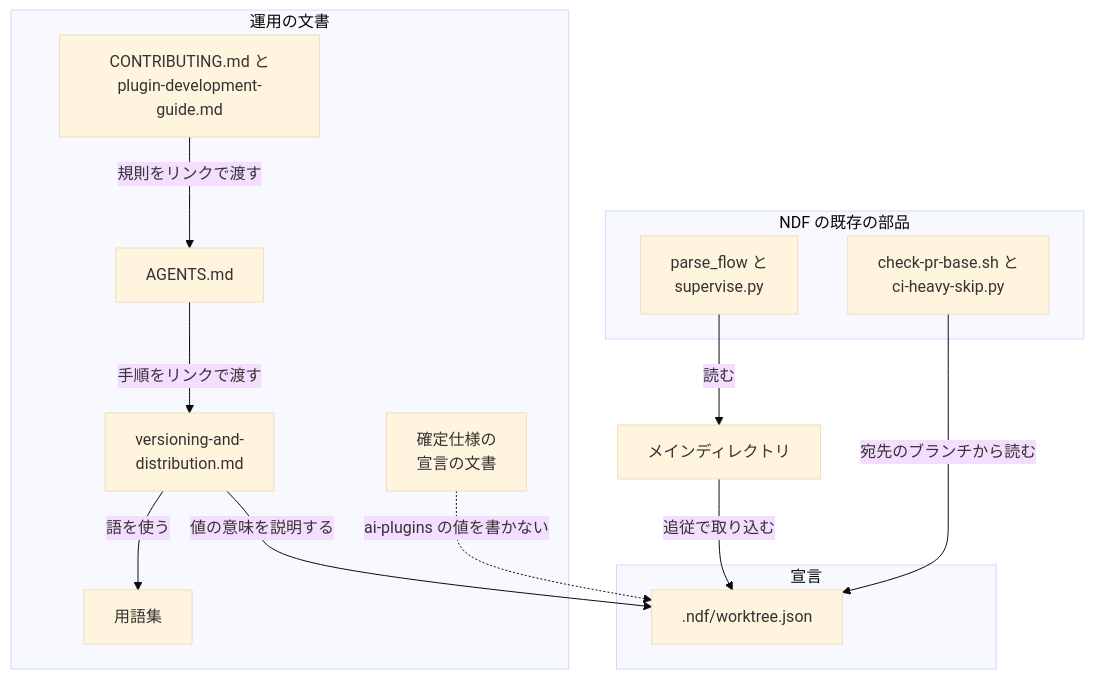
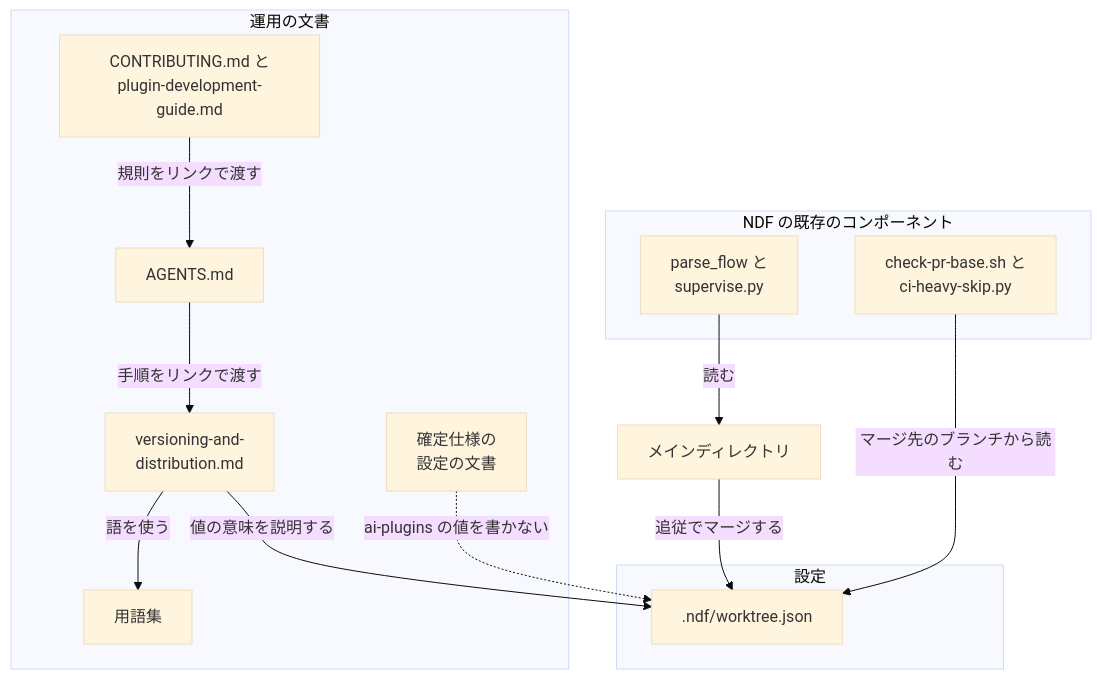
One commit to devbasex/ai-plugins changed the first of 3 diagrams in issues/issue-3119-design.md. Above: the diagram before and after it, drawn with Mermaid (base theme). The commit also changed other lines of this file and 8 other files, not shown here.

````diff
--- a/issues/issue-3119-design.md
+++ b/issues/issue-3119-design.md
@@ -164,26 +164,26 @@
 ```mermaid
 graph TD
-    subgraph decl[宣言]
+    subgraph decl[設定]
         W[.ndf/worktree.json]
     end
     subgraph docs[運用の文書]
         V[versioning-and-<br/>distribution.md]
         A[AGENTS.md]
         C[CONTRIBUTING.md と<br/>plugin-development-guide.md]
-        S[確定仕様の<br/>宣言の文書]
+        S[確定仕様の<br/>設定の文書]
         G[用語集]
     end
-    subgraph ndf[NDF の既存の部品]
+    subgraph ndf[NDF の既存のコンポーネント]
         P[parse_flow と<br/>supervise.py]
         K[check-pr-base.sh と<br/>ci-heavy-skip.py]
     end
     M[メインディレクトリ]
     P -->|読む| M
-    M -->|追従で取り込む| W
-    K -->|宛先のブランチから読む| W
+    M -->|追従でマージする| W
+    K -->|マージ先のブランチから読む| W
     V -->|値の意味を説明する| W
     A -->|手順をリンクで渡す| V
     C -->|規則をリンクで渡す| A
     S -.->|ai-plugins の値を書かない| W
     V -->|語を使う| G
 ```
````
